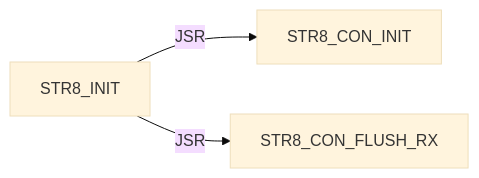
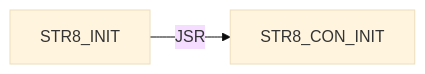
One commit to 95westus/R-YORS changed diagram 16 of 45 in DOC/GUIDES/STR8/STR8_EDGE_DUMP.md. Above: the diagram before and after it, drawn with Mermaid (base theme). The commit also changed other lines of this file and 38 other files, not shown here.

````diff
--- a/DOC/GUIDES/STR8/STR8_EDGE_DUMP.md
+++ b/DOC/GUIDES/STR8/STR8_EDGE_DUMP.md
@@ -188,5 +205,4 @@
 ```mermaid
 flowchart LR
     N0["STR8_INIT"] -->|JSR| N1["STR8_CON_INIT"]
-    N0["STR8_INIT"] -->|JSR| N2["STR8_CON_FLUSH_RX"]
 ```
````
